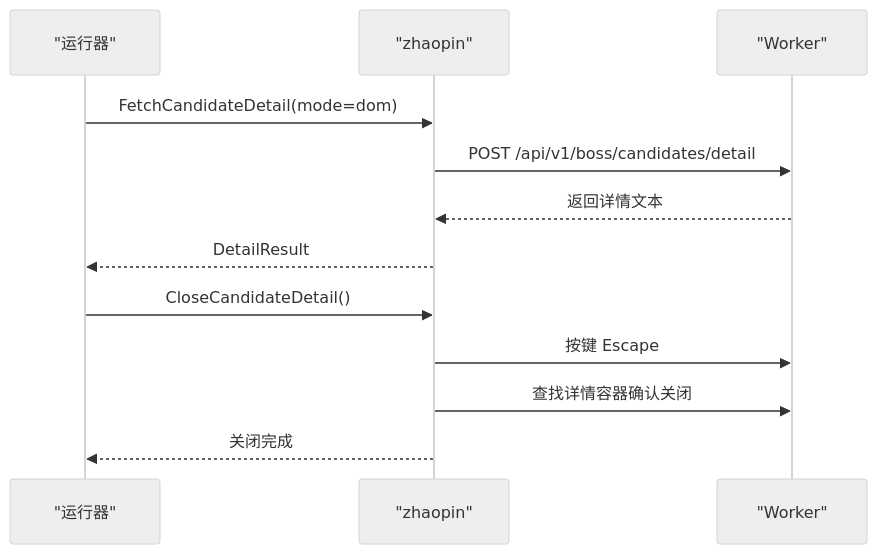
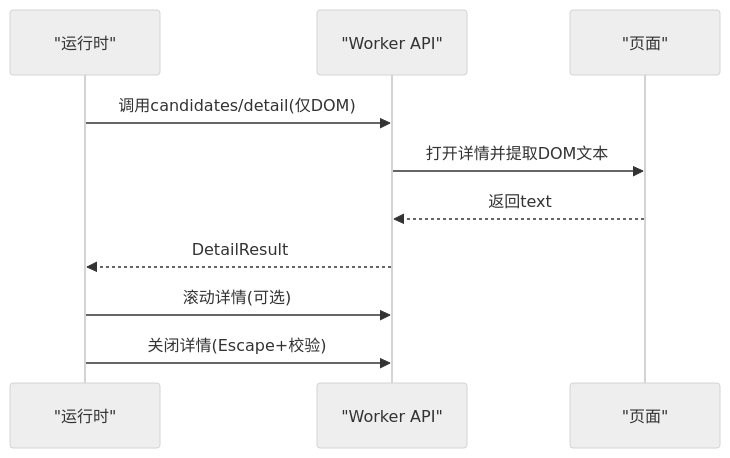
The seventh of 10 diagrams in .qoder/repowiki/zh/content/系统架构/本地Agent架构/平台适配器系统/前程无忧适配器.md (alvinwangzi/goodhr), drawn with Mermaid (neutral theme) before and after one commit. The commit also changed other lines of this file and 149 other files, not shown here.

````diff
--- a/.qoder/repowiki/zh/content/系统架构/本地Agent架构/平台适配器系统/前程无忧适配器.md
+++ b/.qoder/repowiki/zh/content/系统架构/本地Agent架构/平台适配器系统/前程无忧适配器.md
@@ -231,14 +234,12 @@
 ```mermaid
 sequenceDiagram
-participant R as "运行器"
-participant Z as "zhaopin"
-participant W as "Worker"
-R->>Z : FetchCandidateDetail(mode=dom)
-Z->>W : POST /api/v1/boss/candidates/detail
-W-->>Z : 返回详情文本
-Z-->>R : DetailResult
-R->>Z : CloseCandidateDetail()
-Z->>W : 按键 Escape
-Z->>W : 查找详情容器确认关闭
-Z-->>R : 关闭完成
+participant R as "运行时"
+participant W as "Worker API"
+participant P as "页面"
+R->>W : 调用candidates/detail(仅DOM)
+W->>P : 打开详情并提取DOM文本
+P-->>W : 返回text
+W-->>R : DetailResult
+R->>W : 滚动详情(可选)
+R->>W : 关闭详情(Escape+校验)
 ```
````
